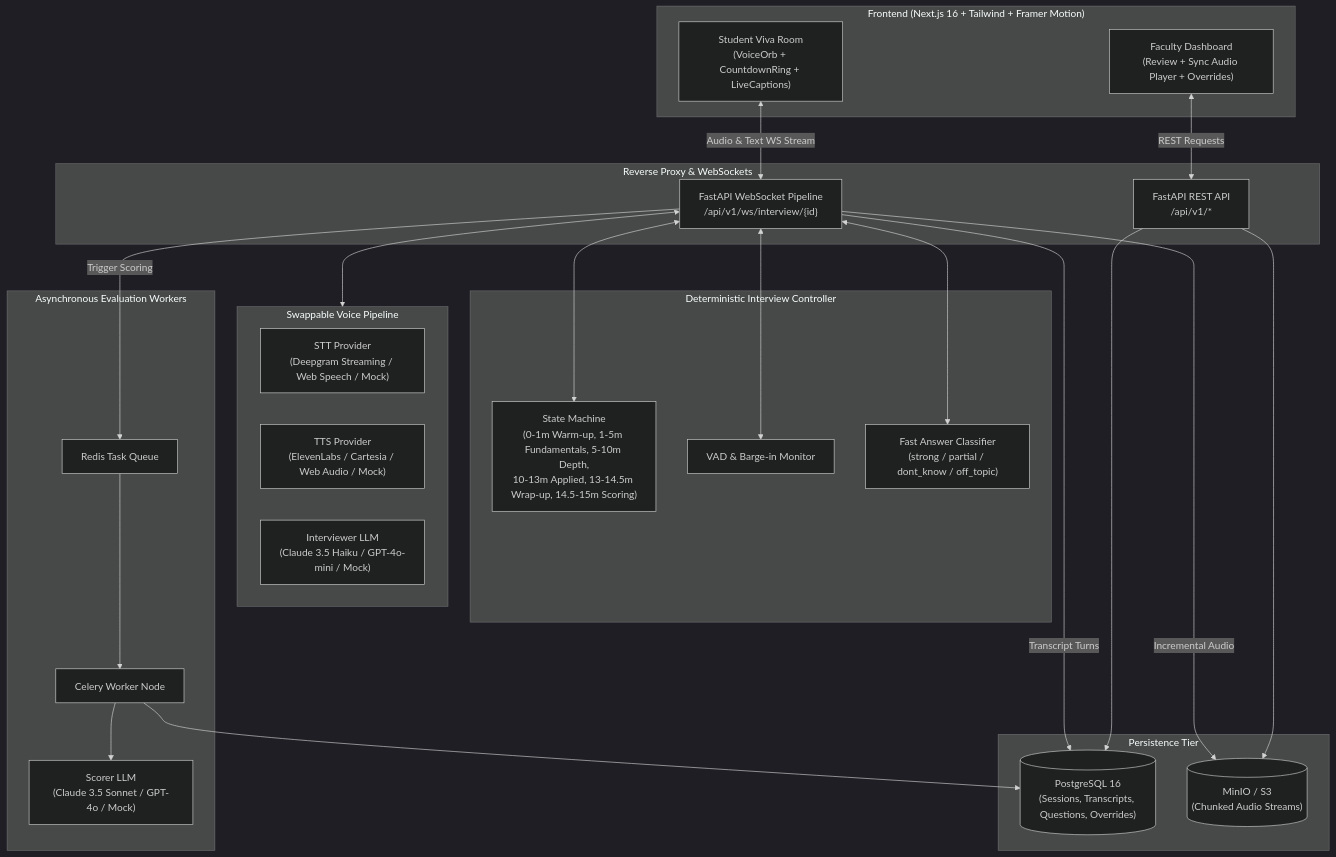
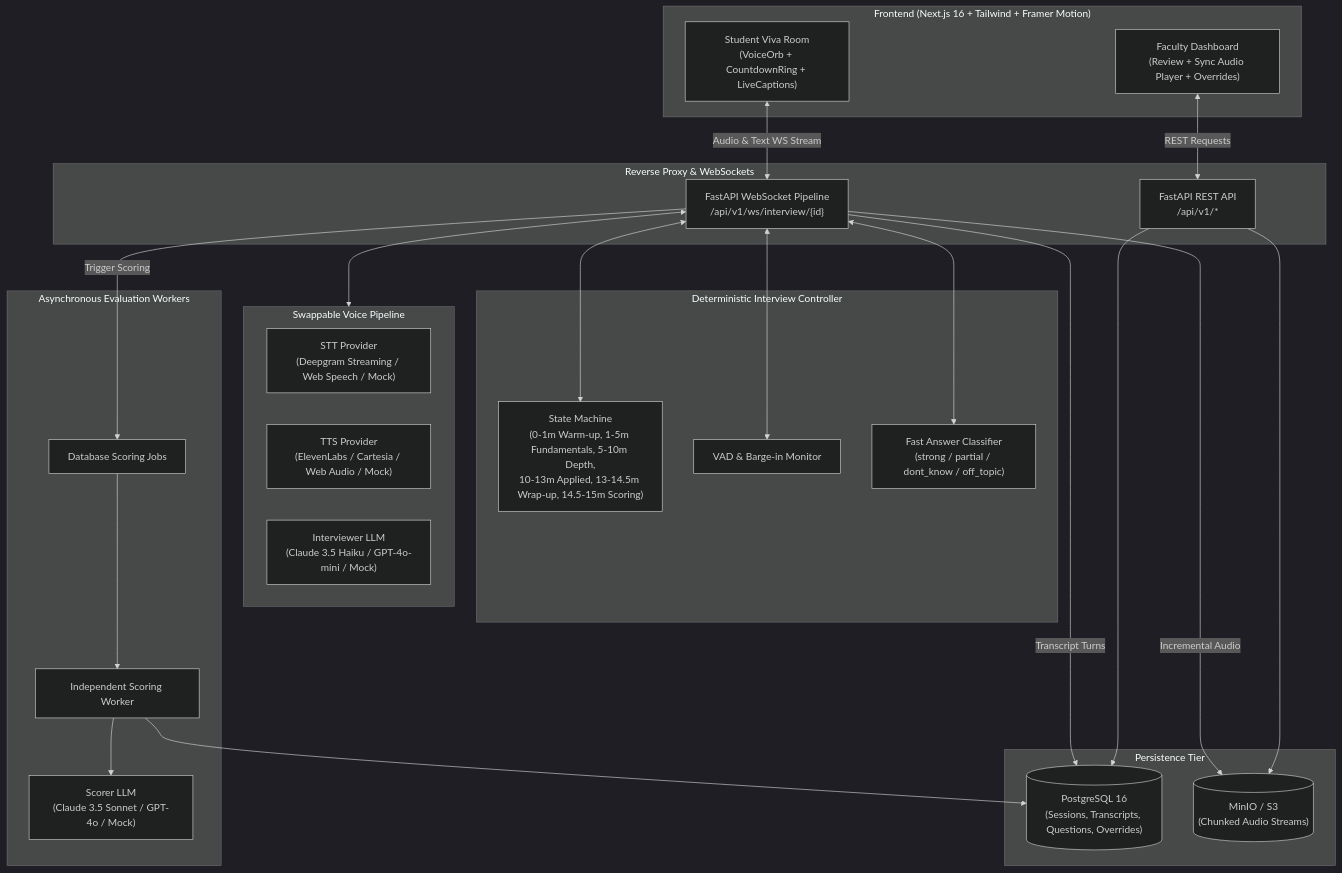
Before and after one commit to harshkoli1255/VivaAI: the first of 2 diagrams in README.md, drawn with Mermaid (dark theme). The commit also changed other lines of this file and 186 other files, not shown here.

````diff
--- a/README.md
+++ b/README.md
@@ -9,54 +9,54 @@
 ```mermaid
 flowchart TD
     subgraph Client ["Frontend (Next.js 16 + Tailwind + Framer Motion)"]
         UI_Student["Student Viva Room\n(VoiceOrb + CountdownRing + LiveCaptions)"]
         UI_Faculty["Faculty Dashboard\n(Review + Sync Audio Player + Overrides)"]
     end
 
     subgraph Gateway ["Reverse Proxy & WebSockets"]
         WS["FastAPI WebSocket Pipeline\n/api/v1/ws/interview/{id}"]
         API["FastAPI REST API\n/api/v1/*"]
     end
 
     subgraph ControllerEngine ["Deterministic Interview Controller"]
         StateMachine["State Machine\n(0-1m Warm-up, 1-5m Fundamentals, 5-10m Depth,\n10-13m Applied, 13-14.5m Wrap-up, 14.5-15m Scoring)"]
         VAD["VAD & Barge-in Monitor"]
         Classifier["Fast Answer Classifier\n(strong / partial / dont_know / off_topic)"]
     end
 
     subgraph SpeechPipeline ["Swappable Voice Pipeline"]
         STT["STT Provider\n(Deepgram Streaming / Web Speech / Mock)"]
         TTS["TTS Provider\n(ElevenLabs / Cartesia / Web Audio / Mock)"]
         FastLLM["Interviewer LLM\n(Claude 3.5 Haiku / GPT-4o-mini / Mock)"]
     end
 
     subgraph EvaluationJob ["Asynchronous Evaluation Workers"]
-        Queue["Redis Task Queue"]
-        CeleryWorker["Celery Worker Node"]
+        Queue["Database Scoring Jobs"]
+        CeleryWorker["Independent Scoring Worker"]
         StrongLLM["Scorer LLM\n(Claude 3.5 Sonnet / GPT-4o / Mock)"]
     end
 
     subgraph DataStorage ["Persistence Tier"]
         PG[("PostgreSQL 16\n(Sessions, Transcripts, Questions, Overrides)")]
         MinIO[("MinIO / S3\n(Chunked Audio Streams)")]
     end
 
     UI_Student <-->|Audio & Text WS Stream| WS
     UI_Faculty <-->|REST Requests| API
 
     WS <--> StateMachine
     WS <--> VAD
     WS <--> Classifier
     WS <--> SpeechPipeline
 
     WS -->|Incremental Audio| MinIO
     WS -->|Transcript Turns| PG
 
     WS -->|Trigger Scoring| Queue
     Queue --> CeleryWorker
     CeleryWorker --> StrongLLM
     CeleryWorker --> PG
 
     API --> PG
     API --> MinIO
 ```
````
